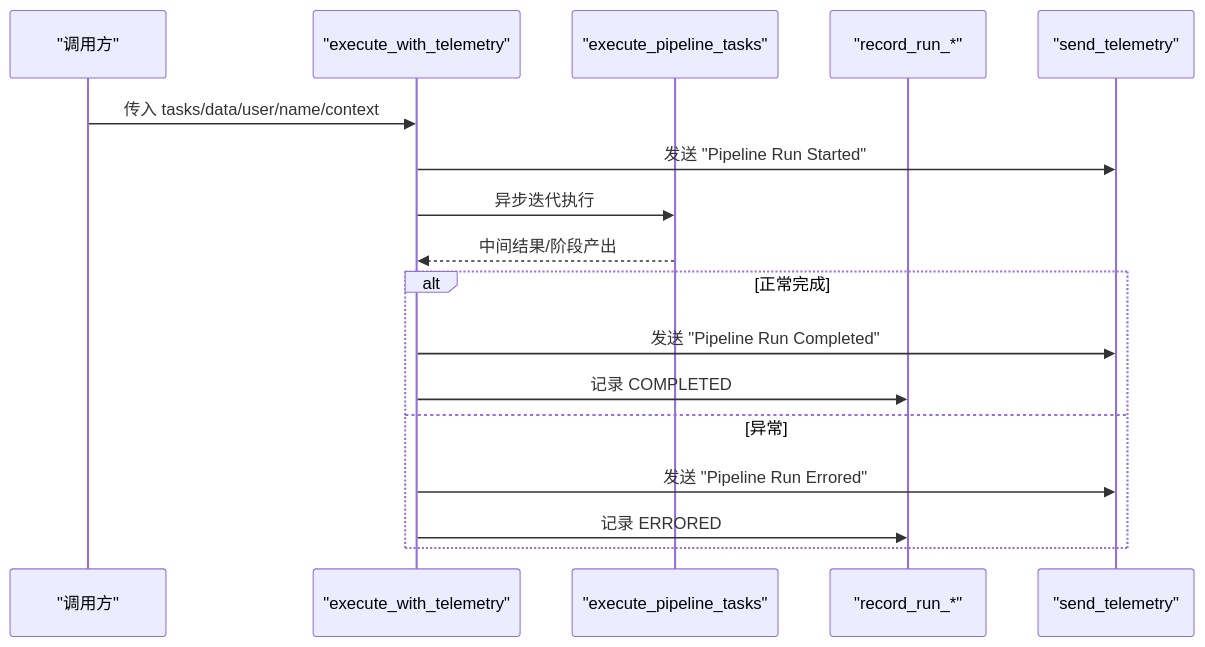
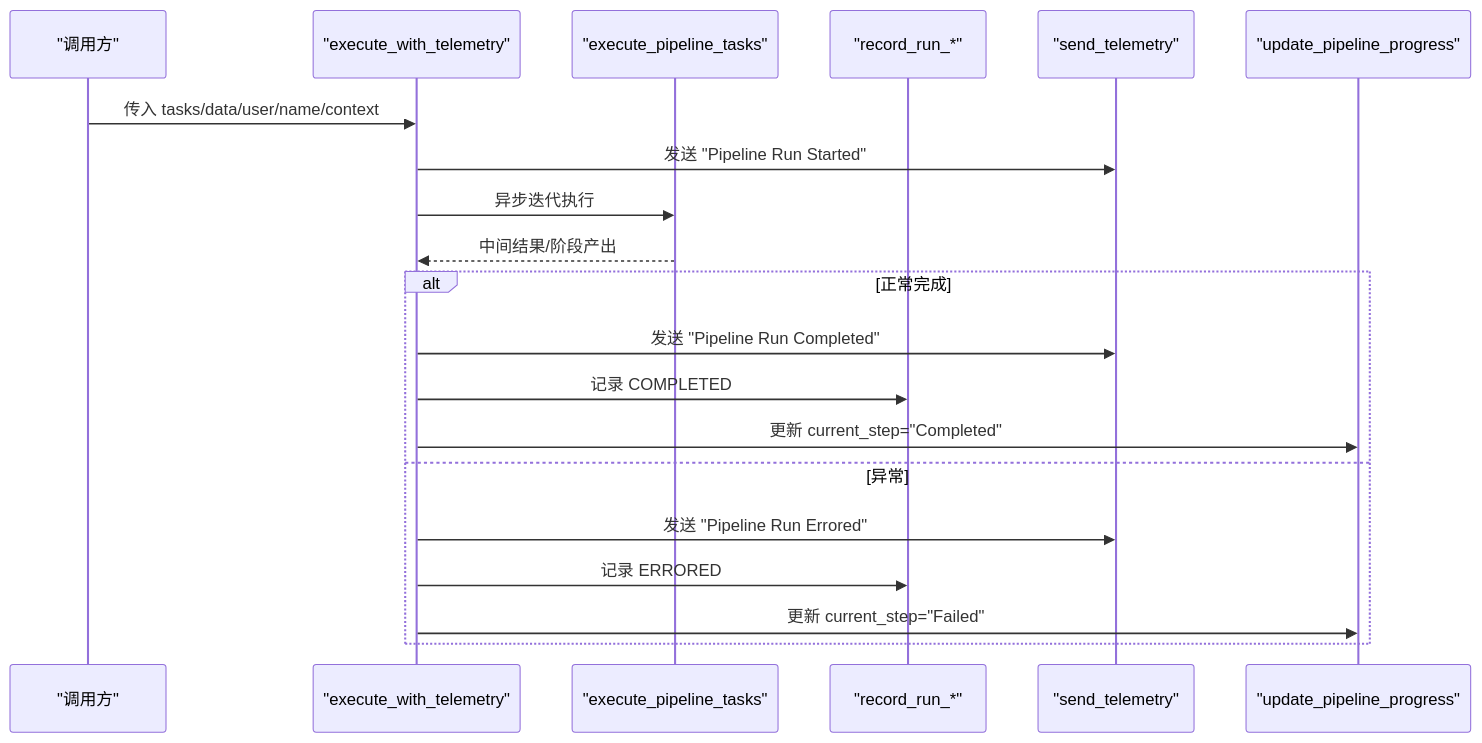
Before and after one commit to alvinwangzi/m_flow: the fourth of 6 diagrams in .qoder/repowiki/zh/content/管道系统设计/管道监控与调试.md, drawn with Mermaid. The commit also changed other lines of this file and 38 other files, not shown here.

````diff
--- a/.qoder/repowiki/zh/content/管道系统设计/管道监控与调试.md
+++ b/.qoder/repowiki/zh/content/管道系统设计/管道监控与调试.md
@@ -197,19 +231,22 @@
 ```mermaid
 sequenceDiagram
 participant Caller as "调用方"
 participant Wrap as "execute_with_telemetry"
 participant Tasks as "execute_pipeline_tasks"
 participant DB as "record_run_*"
 participant Tele as "send_telemetry"
+participant Progress as "update_pipeline_progress"
 Caller->>Wrap : 传入 tasks/data/user/name/context
 Wrap->>Tele : 发送 "Pipeline Run Started"
 Wrap->>Tasks : 异步迭代执行
 Tasks-->>Wrap : 中间结果/阶段产出
 alt 正常完成
 Wrap->>Tele : 发送 "Pipeline Run Completed"
 Wrap->>DB : 记录 COMPLETED
+Wrap->>Progress : 更新 current_step="Completed"
 else 异常
 Wrap->>Tele : 发送 "Pipeline Run Errored"
 Wrap->>DB : 记录 ERRORED
+Wrap->>Progress : 更新 current_step="Failed"
 end
 ```
````
